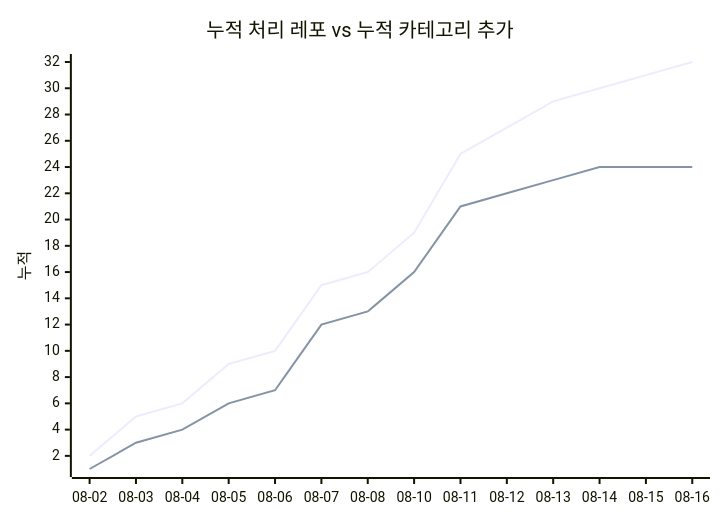
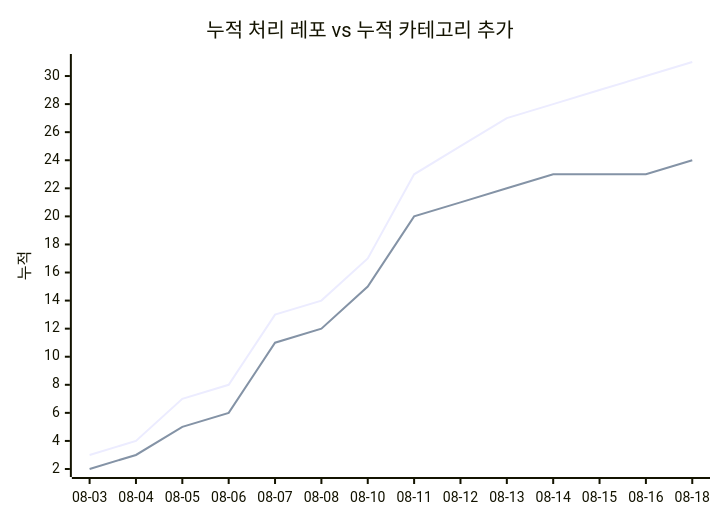
Before and after one commit to J-nowcow/awesome-korean-agent-skills: the second of 2 diagrams in docs/trends.md, drawn with Mermaid. The commit also changed other lines of this file and 4 other files, not shown here.

````diff
--- a/docs/trends.md
+++ b/docs/trends.md
@@ -68,8 +68,8 @@
 ```mermaid
 xychart-beta
     title "누적 처리 레포 vs 누적 카테고리 추가"
-    x-axis ["08-02","08-03","08-04","08-05","08-06","08-07","08-08","08-10","08-11","08-12","08-13","08-14","08-15","08-16"]
+    x-axis ["08-03","08-04","08-05","08-06","08-07","08-08","08-10","08-11","08-12","08-13","08-14","08-15","08-16","08-18"]
     y-axis "누적"
-    line [2,5,6,9,10,15,16,19,25,27,29,30,31,32]
-    line [1,3,4,6,7,12,13,16,21,22,23,24,24,24]
+    line [3,4,7,8,13,14,17,23,25,27,28,29,30,31]
+    line [2,3,5,6,11,12,15,20,21,22,23,23,23,24]
 ```
````
